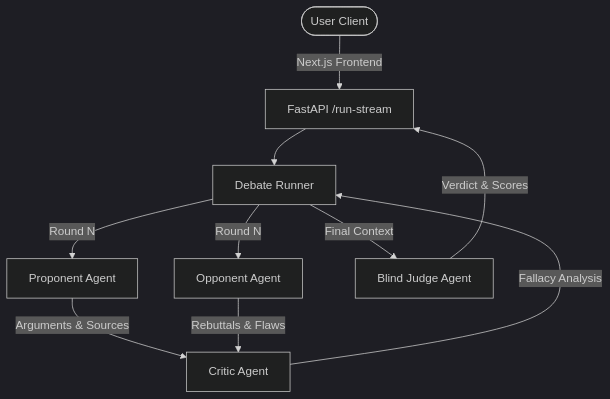
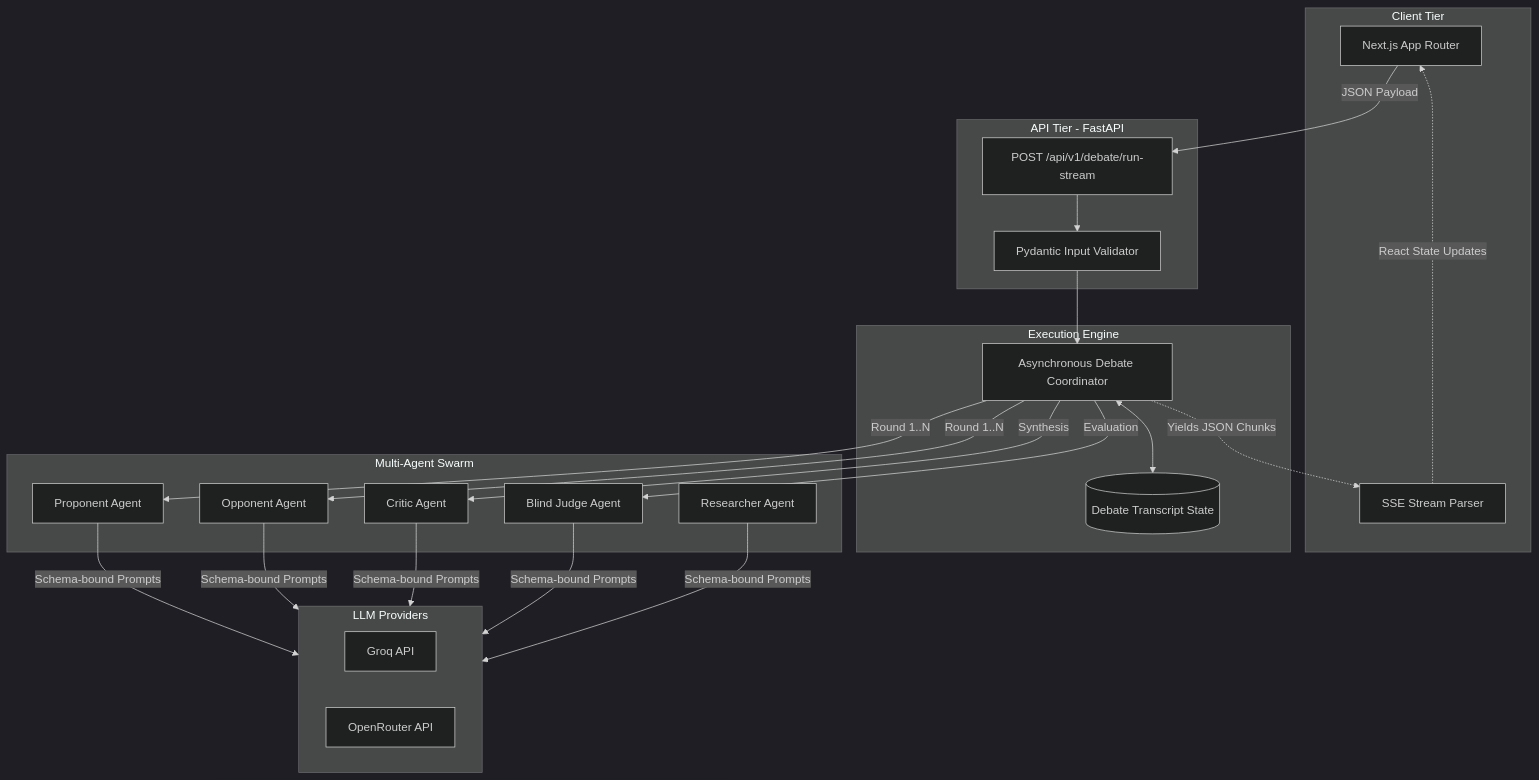
Before and after one commit to MahateerMuhammad/multi-agent-debate: the first of 2 diagrams in README.md, drawn with Mermaid (dark theme). The commit also changed other lines of this file, not shown here.

Commit message:
docs: update architecture documentation with detailed system topology and state execution graphs

````diff
--- a/README.md
+++ b/README.md
@@ -25,16 +27,45 @@
 ```mermaid
-graph TD
-    User([User Client]) -->|Next.js Frontend| StreamAPI[FastAPI /run-stream]
-    StreamAPI --> Coordinator[Debate Runner]
+flowchart TB
+    subgraph Frontend [Client Tier]
+        UI[Next.js App Router]
+        Stream[SSE Stream Parser]
+    end
+
+    subgraph API [API Tier - FastAPI]
+        Route[POST /api/v1/debate/run-stream]
+        Validator[Pydantic Input Validator]
+    end
+
+    subgraph Core [Execution Engine]
+        Runner[Asynchronous Debate Coordinator]
+        State[(Debate Transcript State)]
+    end
+
+    subgraph Agents [Multi-Agent Swarm]
+        Prop[Proponent Agent]
+        Opp[Opponent Agent]
+        Crit[Critic Agent]
+        Judge[Blind Judge Agent]
+        Res[Researcher Agent]
+    end
+
+    subgraph External [LLM Providers]
+        Groq[Groq API]
+        OpenRouter[OpenRouter API]
+    end
+
+    UI -->|JSON Payload| Route
+    Route --> Validator
+    Validator --> Runner
     
-    Coordinator -->|Round N| Proponent[Proponent Agent]
-    Coordinator -->|Round N| Opponent[Opponent Agent]
+    Runner <--> State
+    Runner -->|Round 1..N| Prop
+    Runner -->|Round 1..N| Opp
+    Runner -->|Synthesis| Crit
+    Runner -->|Evaluation| Judge
     
-    Proponent -->|Arguments & Sources| Critic[Critic Agent]
-    Opponent -->|Rebuttals & Flaws| Critic
+    Prop & Opp & Crit & Judge & Res -->|Schema-bound Prompts| External
     
-    Critic -->|Fallacy Analysis| Coordinator
-    Coordinator -->|Final Context| Judge[Blind Judge Agent]
-    
-    Judge -->|Verdict & Scores| StreamAPI
+    Runner -.->|Yields JSON Chunks| Stream
+    Stream -.->|React State Updates| UI
 ```
````
